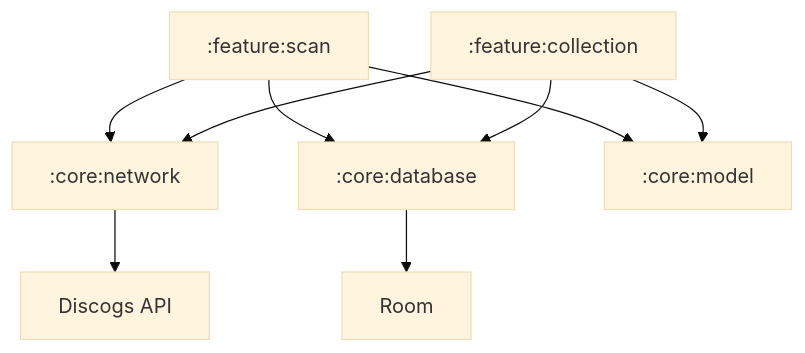
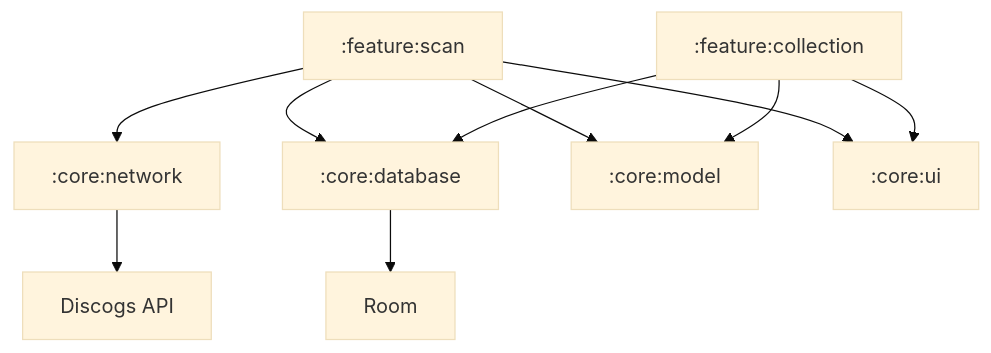
Before and after one commit to constant-i/CdVinylCatalog: the diagram in README.md, drawn with Mermaid (base theme). The commit also changed other lines of this file, not shown here.

Commit message:
Fix architecture diagram: accurate module dependencies

````diff
--- a/README.md
+++ b/README.md
@@ -50,11 +50,25 @@
 ```mermaid
 graph TD
-    A[:feature:scan] --> B[:core:network]
-    A --> C[:core:database]
-    A --> D[:core:model]
-    E[:feature:collection] --> B
-    E --> C
-    E --> D
-    B --> F[Discogs API]
-    C --> G[Room]
+    Scan[:feature:scan]
+    Coll[:feature:collection]
+    
+    Network[:core:network]
+    Database[:core:database]
+    Model[:core:model]
+    Ui[:core:ui]
+    
+    Api[Discogs API]
+    Room[Room]
+    
+    Scan --> Network
+    Scan --> Database
+    Scan --> Model
+    Scan --> Ui
+    
+    Coll --> Database
+    Coll --> Model
+    Coll --> Ui
+    
+    Network --> Api
+    Database --> Room
 ```
````
